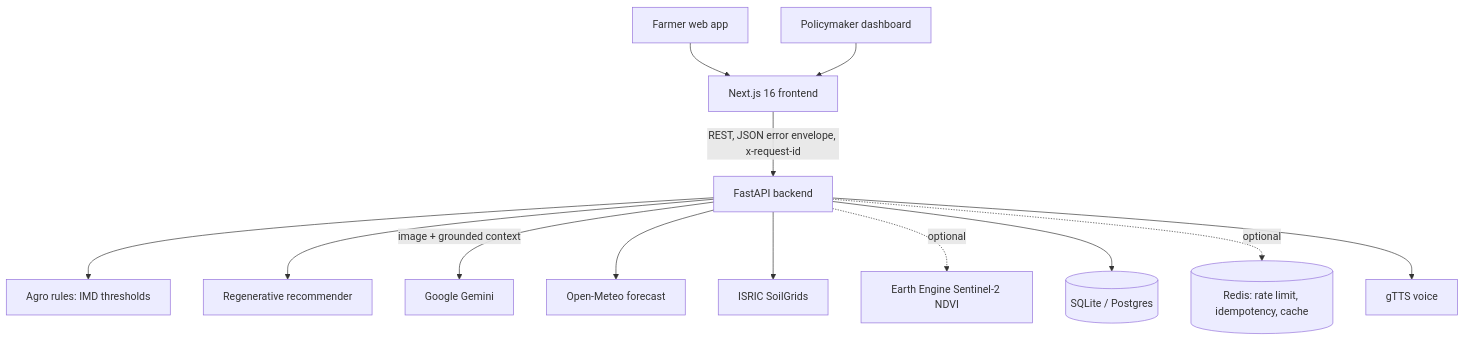
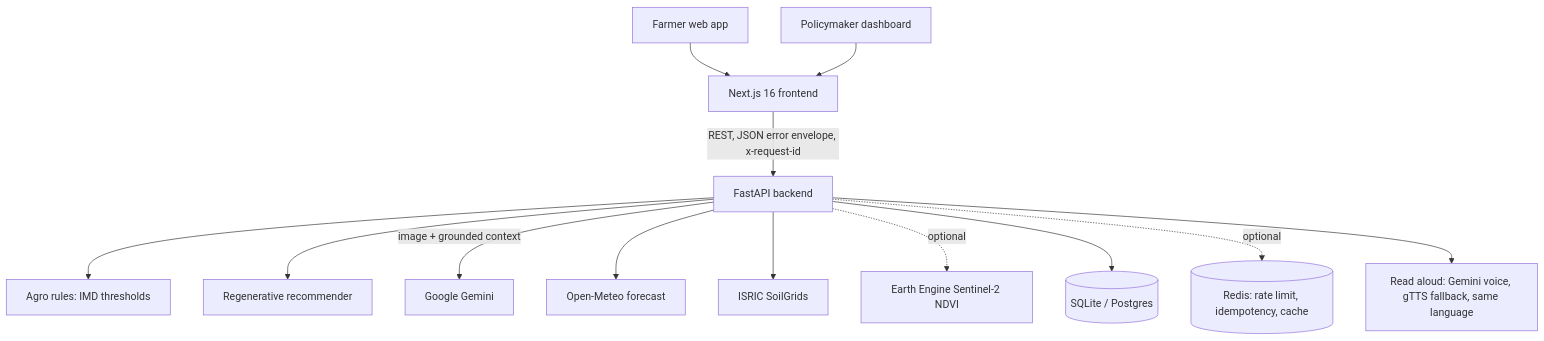
The diagram in README.md (varad-oss/krishisathi), drawn with Mermaid before and after one commit. The commit also changed other lines of this file and 42 other files, not shown here.

````diff
--- a/README.md
+++ b/README.md
@@ -36,15 +36,15 @@
 ```mermaid
 graph TD
     Farmer[Farmer web app] --> FE[Next.js 16 frontend]
     Policy[Policymaker dashboard] --> FE
     FE -->|REST, JSON error envelope, x-request-id| API[FastAPI backend]
     API --> Rules[Agro rules: IMD thresholds]
     API --> Regen[Regenerative recommender]
     API -->|image + grounded context| Gemini[Google Gemini]
     API --> OM[Open-Meteo forecast]
     API --> SG[ISRIC SoilGrids]
     API -.optional.-> EE[Earth Engine Sentinel-2 NDVI]
     API --> DB[(SQLite / Postgres)]
     API -.optional.-> Redis[(Redis: rate limit, idempotency, cache)]
-    API --> TTS[gTTS voice]
+    API --> TTS[Read aloud: Gemini voice, gTTS fallback, same language]
 ```
````
